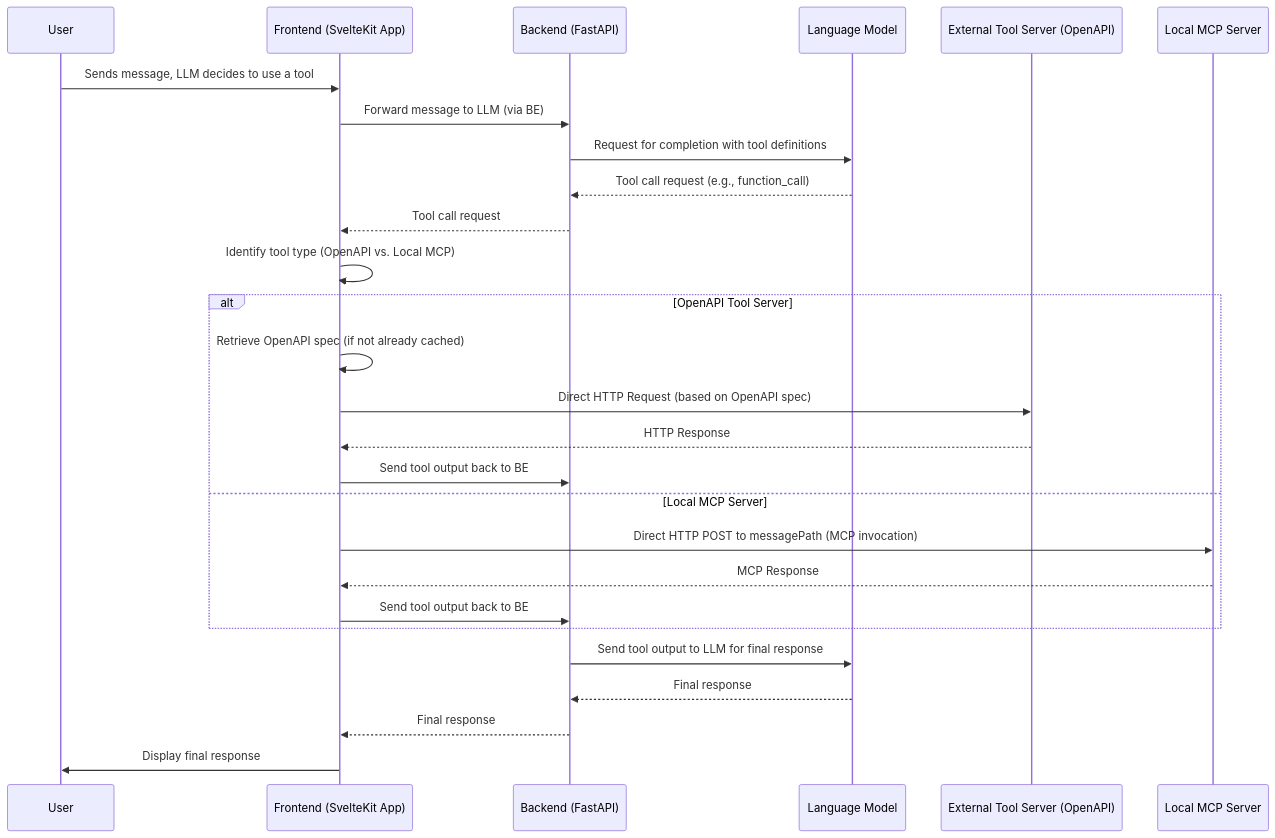
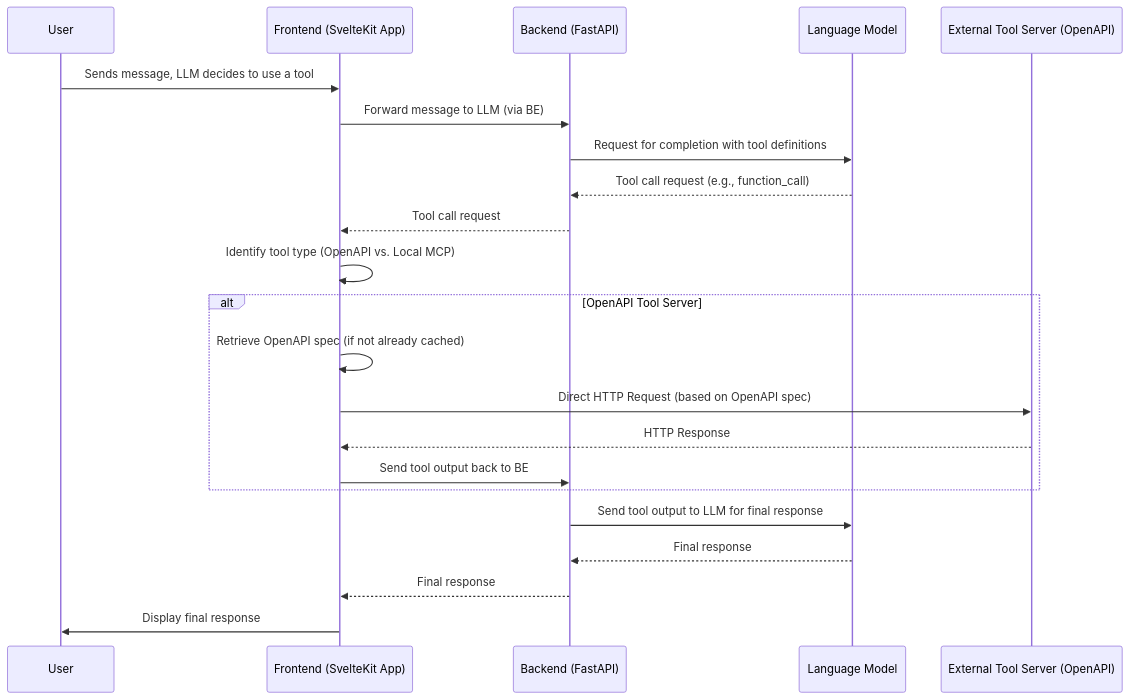
Before and after one commit to open-webui/open-webui: the second of 4 diagrams in roger/chatflow.md, drawn with Mermaid. The commit also changed other lines of this file and 2 other files, not shown here.

Commit message:
docs: Update documentation for local MCP tool integration and clarify tool invocation processes

````diff
--- a/roger/chatflow.md
+++ b/roger/chatflow.md
@@ -139,33 +129,28 @@
 ```mermaid
 sequenceDiagram
     participant U as User
     participant FE as Frontend (SvelteKit App)
     participant BE as Backend (FastAPI)
     participant LLM as Language Model
     participant ETS as External Tool Server (OpenAPI)
-    participant LMCP as Local MCP Server
 
     U->>FE: Sends message, LLM decides to use a tool
     FE->>BE: Forward message to LLM (via BE)
     BE->>LLM: Request for completion with tool definitions
     LLM-->>BE: Tool call request (e.g., function_call)
     BE-->>FE: Tool call request
 
     FE->>FE: Identify tool type (OpenAPI vs. Local MCP)
 
     alt OpenAPI Tool Server
         FE->>FE: Retrieve OpenAPI spec (if not already cached)
         FE->>ETS: Direct HTTP Request (based on OpenAPI spec)
         ETS-->>FE: HTTP Response
         FE->>BE: Send tool output back to BE
-    else Local MCP Server
-        FE->>LMCP: Direct HTTP POST to messagePath (MCP invocation)
-        LMCP-->>FE: MCP Response
-        FE->>BE: Send tool output back to BE
     end
 
     BE->>LLM: Send tool output to LLM for final response
     LLM-->>BE: Final response
     BE-->>FE: Final response
     FE->>U: Display final response
 ```
````
